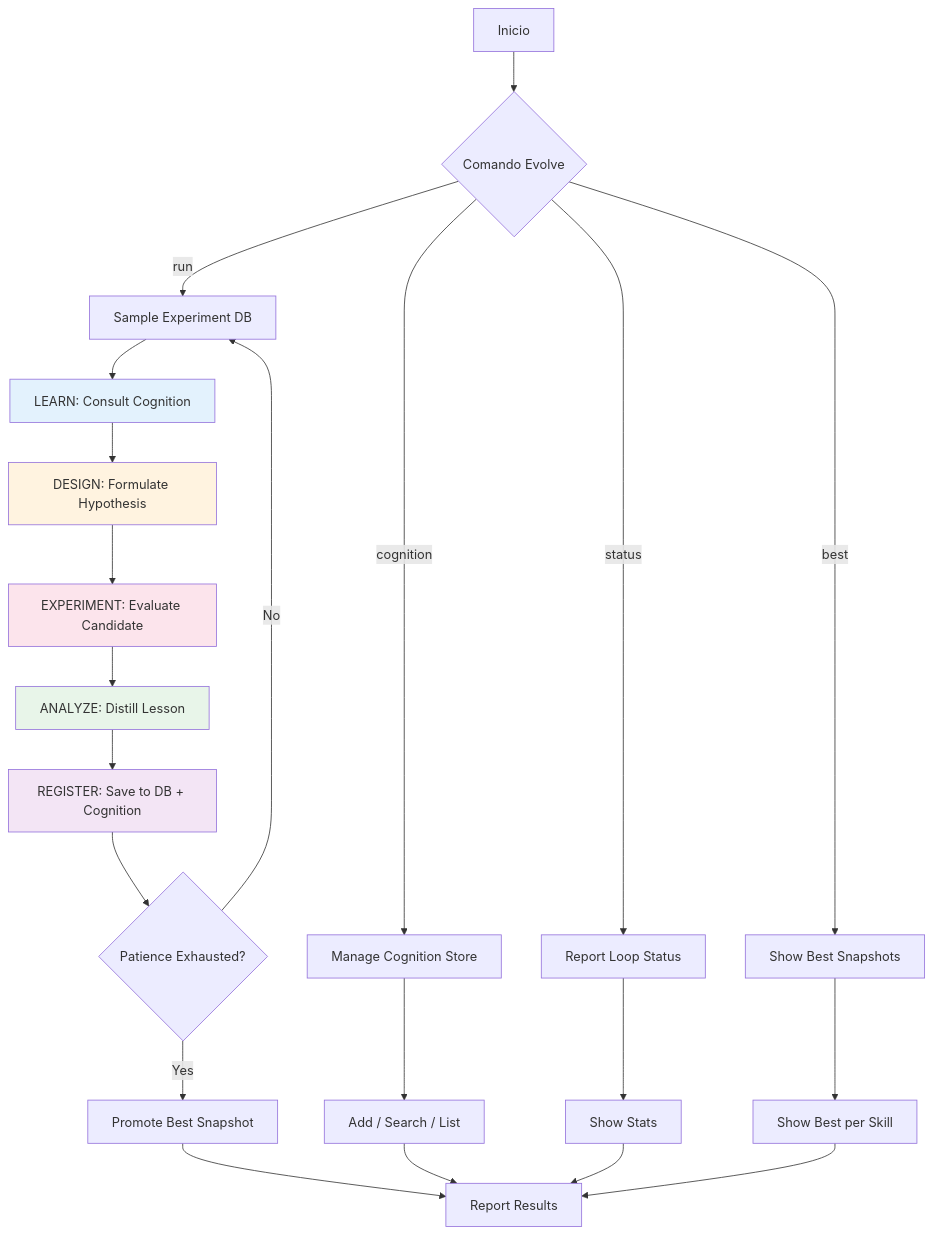
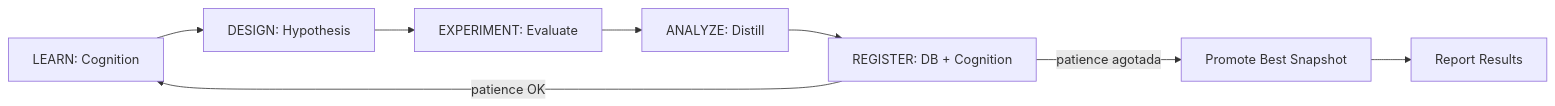
One commit to MauricioFCC/SWARMIND changed the diagram in .opencode/skills/evolve/SKILL.md. Above: the diagram before and after it, drawn with Mermaid. The commit also changed other lines of this file and 114 other files, not shown here.

````diff
--- a/.opencode/skills/evolve/SKILL.md
+++ b/.opencode/skills/evolve/SKILL.md
@@ -56,33 +48,7 @@
 ```mermaid
-graph TD
-    A[Inicio] --> B{Comando Evolve}
-    B -->|run| C[Sample Experiment DB]
-    B -->|cognition| D[Manage Cognition Store]
-    B -->|status| E[Report Loop Status]
-    B -->|best| F[Show Best Snapshots]
-    
-    C --> G[LEARN: Consult Cognition]
-    G --> H[DESIGN: Formulate Hypothesis]
-    H --> I[EXPERIMENT: Evaluate Candidate]
-    I --> J[ANALYZE: Distill Lesson]
-    J --> K[REGISTER: Save to DB + Cognition]
-    K --> L{Patience Exhausted?}
-    L -->|No| C
-    L -->|Yes| M[Promote Best Snapshot]
-    M --> N[Report Results]
-    
-    D --> O[Add / Search / List]
-    O --> N
-    
-    E --> P[Show Stats]
-    P --> N
-    
-    F --> Q[Show Best per Skill]
-    Q --> N
-    
-    style G fill:#e3f2fd
-    style H fill:#fff3e0
-    style I fill:#fce4ec
-    style J fill:#e8f5e9
-    style K fill:#f3e5f5
+graph LR
+    L[LEARN: Cognition] --> D[DESIGN: Hypothesis] --> E[EXPERIMENT: Evaluate] --> A[ANALYZE: Distill]
+    A --> R[REGISTER: DB + Cognition]
+    R -->|patience OK| L
+    R -->|patience agotada| P[Promote Best Snapshot] --> N[Report Results]
 ```
````
